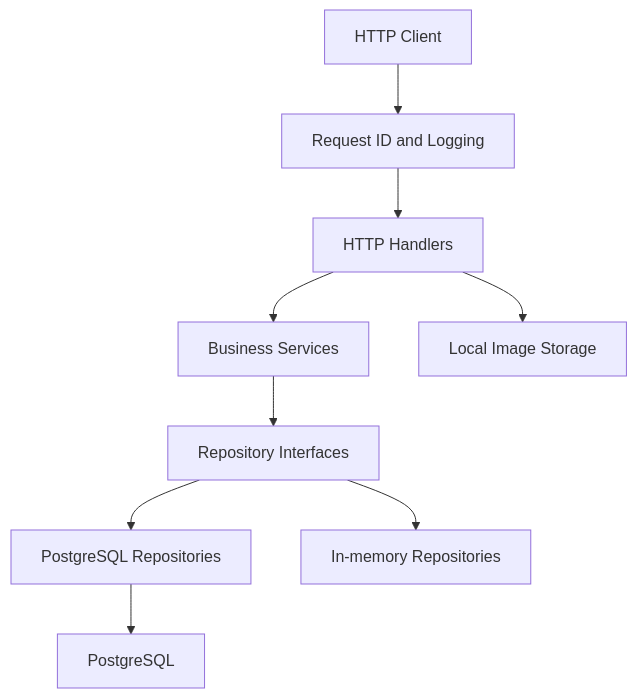
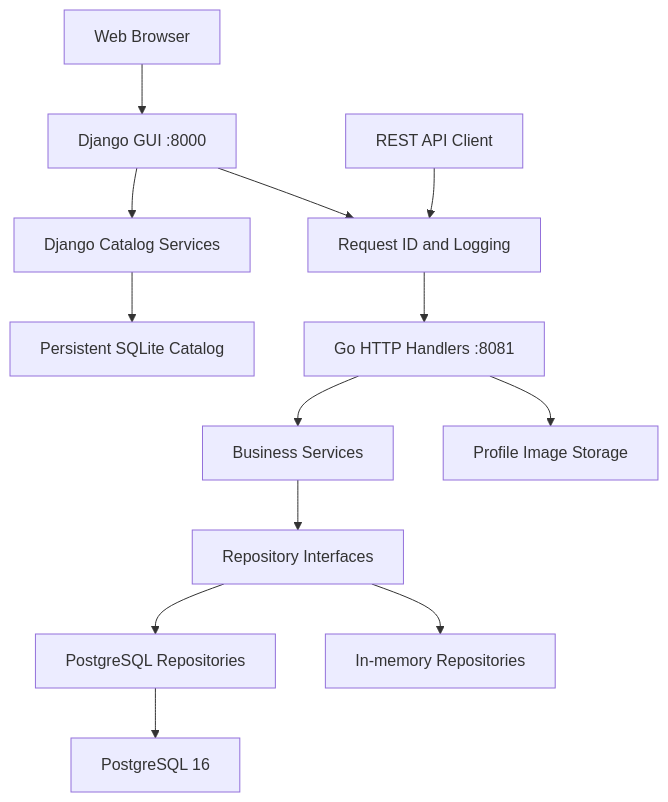
Before and after one commit to anibakhshi/student-enrollment-system: the first of 2 diagrams in README.md, drawn with Mermaid. The commit also changed other lines of this file, not shown here.

Commit message:
docs: document Django GUI v1.1.0

````diff
--- a/README.md
+++ b/README.md
@@ -102,11 +144,15 @@
 ```mermaid
 flowchart TD
-    Client["HTTP Client"] --> Middleware["Request ID and Logging"]
-    Middleware --> Handler["HTTP Handlers"]
+    Browser["Web Browser"] --> GUI["Django GUI :8000"]
+    APIClient["REST API Client"] --> Middleware["Request ID and Logging"]
+    GUI --> Middleware
+    GUI --> Catalog["Django Catalog Services"]
+    Catalog --> SQLite["Persistent SQLite Catalog"]
+    Middleware --> Handler["Go HTTP Handlers :8081"]
     Handler --> Service["Business Services"]
     Service --> Repository["Repository Interfaces"]
-    Repository --> PostgreSQL["PostgreSQL Repositories"]
+    Repository --> PostgreSQLRepo["PostgreSQL Repositories"]
     Repository --> Memory["In-memory Repositories"]
-    PostgreSQL --> Database["PostgreSQL"]
-    Handler --> Storage["Local Image Storage"]
+    PostgreSQLRepo --> PostgreSQL["PostgreSQL 16"]
+    Handler --> Storage["Profile Image Storage"]
 ```
````
